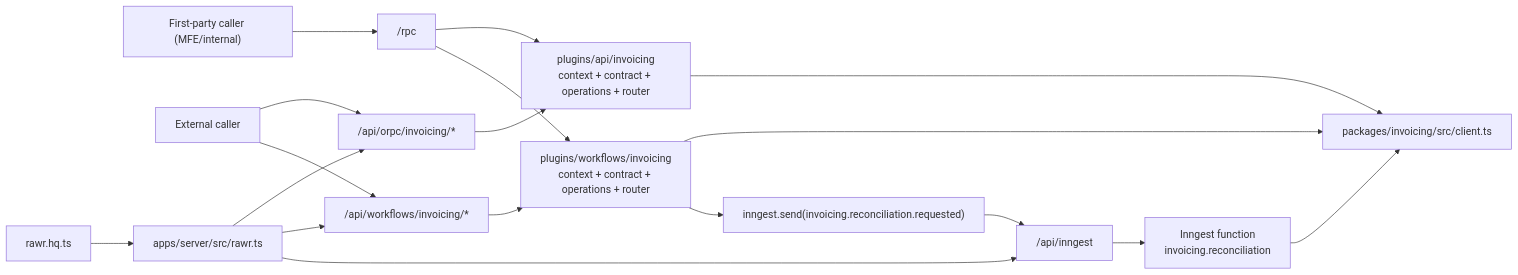
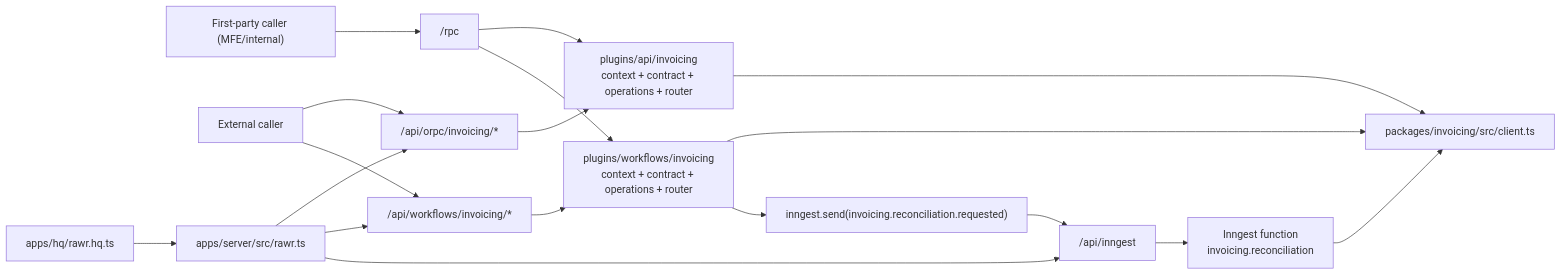
One commit to rawr-ai/rawr-hq-template changed the diagram in docs/projects/orpc-ingest-workflows-spec/examples/e2e-04-context-middleware.md. Above: the diagram before and after it, drawn with Mermaid. The commit also changed other lines of this file and 51 other files, not shown here.

Commit message:
refactor(hq): promote canonical apps/hq rawr manifest entrypoint

````diff
--- a/docs/projects/orpc-ingest-workflows-spec/examples/e2e-04-context-middleware.md
+++ b/docs/projects/orpc-ingest-workflows-spec/examples/e2e-04-context-middleware.md
@@ -53,24 +53,24 @@
 ```mermaid
 flowchart LR
   FirstParty["First-party caller (MFE/internal)"] --> Rpc["/rpc"]
   External["External caller"] --> Api["/api/orpc/invoicing/*"]
   External --> Workflows["/api/workflows/invoicing/*"]
 
   Api --> ApiPlugin["plugins/api/invoicing\ncontext + contract + operations + router"]
   Workflows --> WfPlugin["plugins/workflows/invoicing\ncontext + contract + operations + router"]
   Rpc --> ApiPlugin
   Rpc --> WfPlugin
 
   ApiPlugin --> PkgClient["packages/invoicing/src/client.ts"]
   WfPlugin --> PkgClient
 
   WfPlugin --> SendEvent["inngest.send(invoicing.reconciliation.requested)"]
   SendEvent --> Ingress["/api/inngest"]
   Ingress --> Fn["Inngest function\ninvoicing.reconciliation"]
   Fn --> PkgClient
 
   Host["apps/server/src/rawr.ts"] --> Api
   Host --> Workflows
   Host --> Ingress
-  Compose["rawr.hq.ts"] --> Host
+  Compose["apps/hq/rawr.hq.ts"] --> Host
 ```
````
